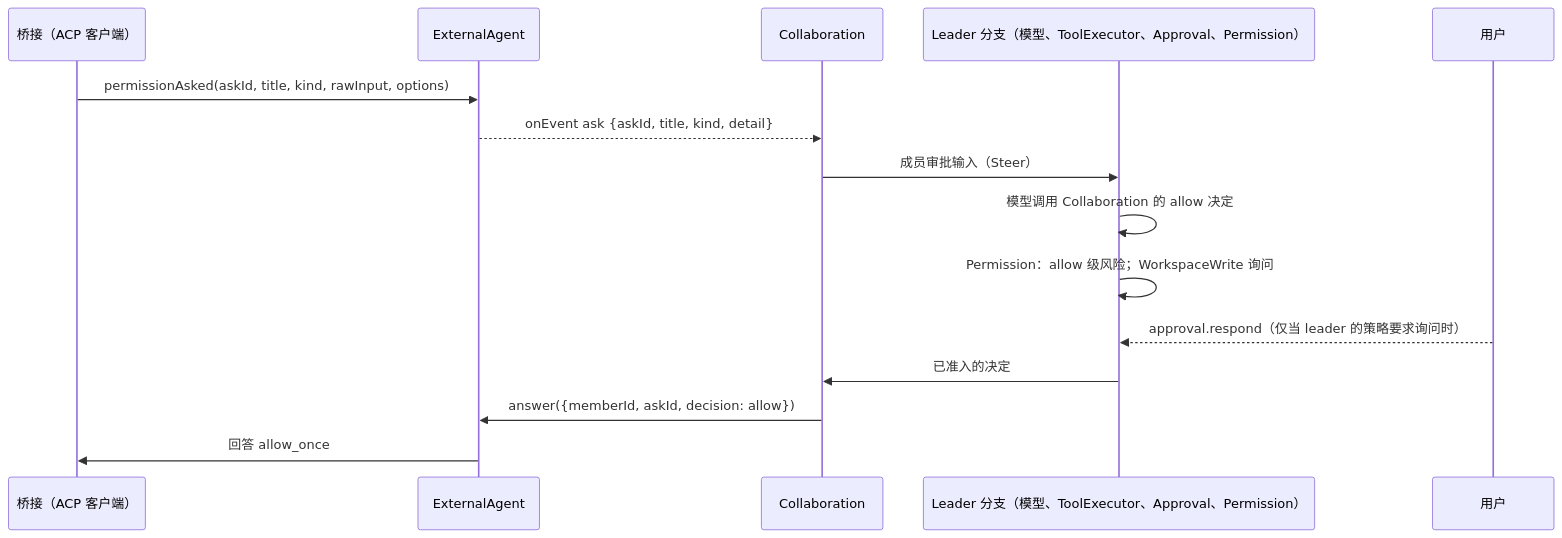
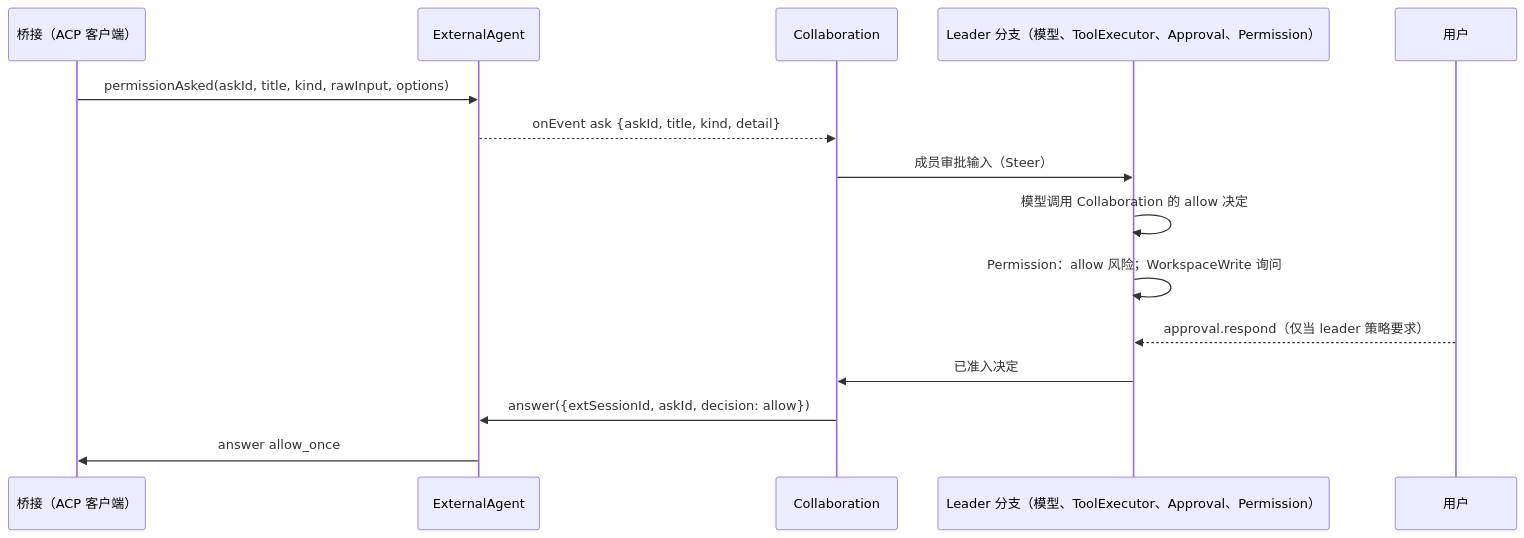
Before and after one commit to CoutinhoTTS/dim-agent: the third of 4 diagrams in docs/zh/design/plugins/ExternalAgent.md, drawn with Mermaid. The commit also changed other lines of this file and 7 other files, not shown here.

````diff
--- a/docs/zh/design/plugins/ExternalAgent.md
+++ b/docs/zh/design/plugins/ExternalAgent.md
@@ -163,17 +161,17 @@
 ```mermaid
 sequenceDiagram
   participant B as 桥接（ACP 客户端）
   participant X as ExternalAgent
   participant C as Collaboration
   participant L as Leader 分支（模型、ToolExecutor、Approval、Permission）
   participant U as 用户
   B->>X: permissionAsked(askId, title, kind, rawInput, options)
   X-->>C: onEvent ask {askId, title, kind, detail}
   C->>L: 成员审批输入（Steer）
   L->>L: 模型调用 Collaboration 的 allow 决定
-  L->>L: Permission：allow 级风险；WorkspaceWrite 询问
-  U-->>L: approval.respond（仅当 leader 的策略要求询问时）
-  L->>C: 已准入的决定
-  C->>X: answer({memberId, askId, decision: allow})
-  X->>B: 回答 allow_once
+  L->>L: Permission：allow 风险；WorkspaceWrite 询问
+  U-->>L: approval.respond（仅当 leader 策略要求）
+  L->>C: 已准入决定
+  C->>X: answer({extSessionId, askId, decision: allow})
+  X->>B: answer allow_once
 ```
````
